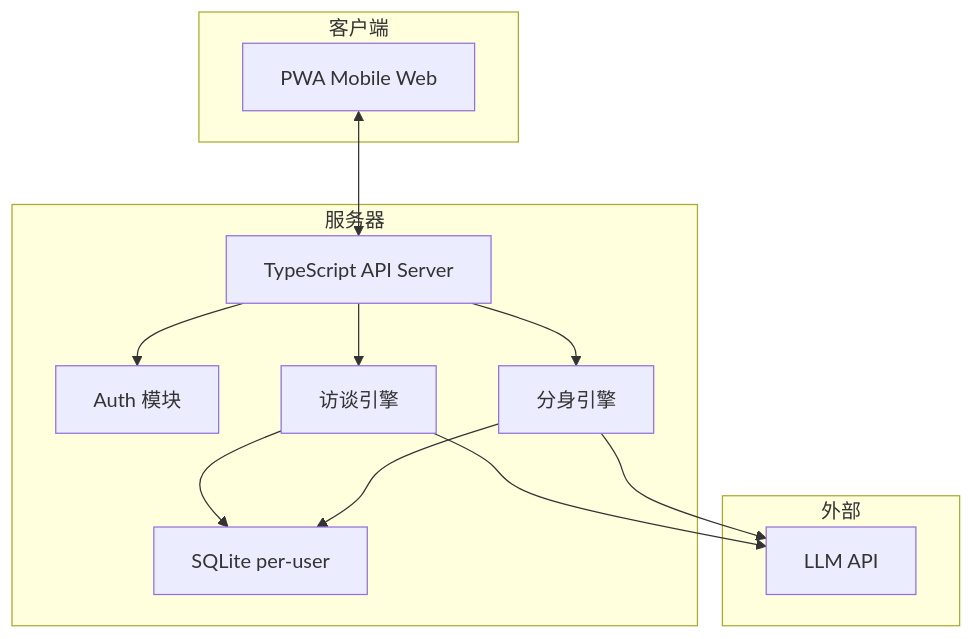
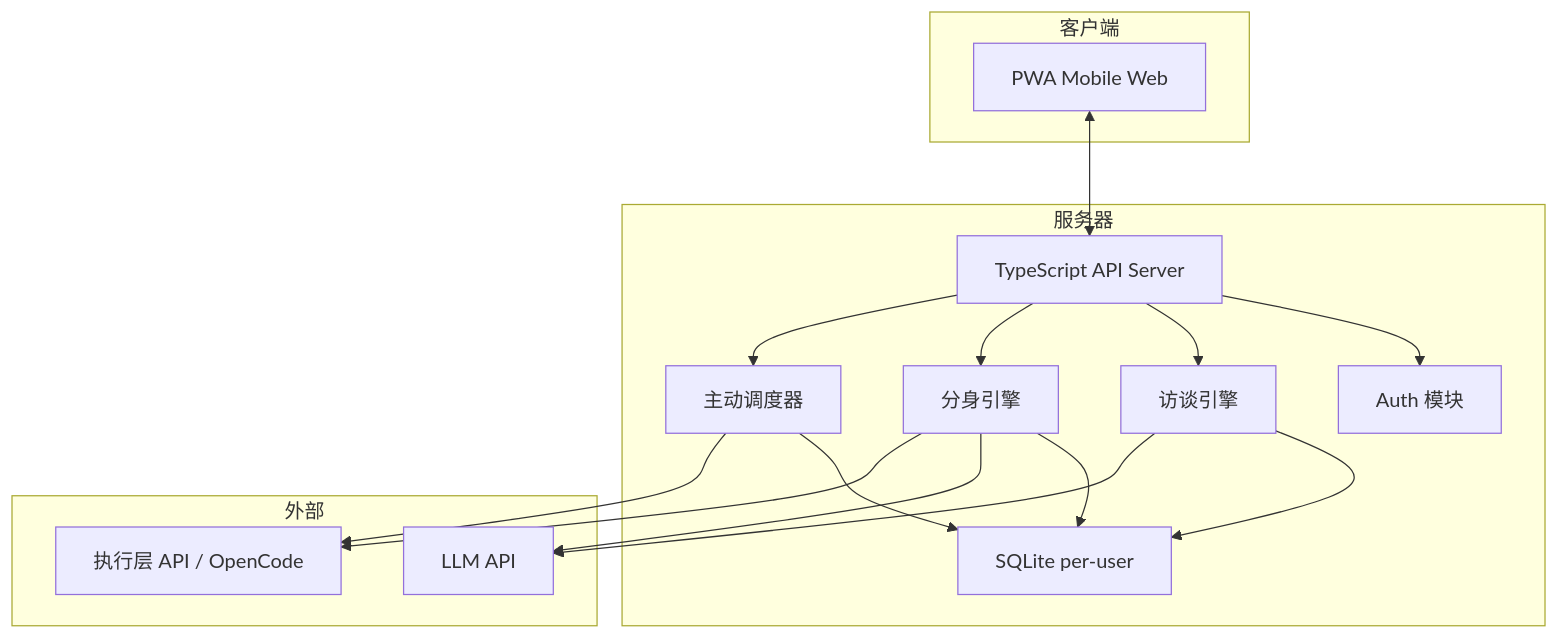
Before and after one commit to zccz14/ReMi: the third of 3 diagrams in README.md, drawn with Mermaid. The commit also changed other lines of this file, not shown here.

````diff
--- a/README.md
+++ b/README.md
@@ -98,24 +157,30 @@
 ```mermaid
 graph TB
     subgraph 客户端
         A[PWA Mobile Web]
     end
     subgraph 服务器
         B[TypeScript API Server]
         C[Auth 模块]
         D[访谈引擎]
         E[分身引擎]
-        F[SQLite per-user]
+        F[主动调度器]
+        G[SQLite per-user]
     end
     subgraph 外部
-        G[LLM API]
+        H[LLM API]
+        I[执行层 API / OpenCode]
     end
     A <--> B
     B --> C
     B --> D
     B --> E
-    D --> F
-    E --> F
+    B --> F
     D --> G
     E --> G
+    F --> G
+    D --> H
+    E --> H
+    F --> I
+    E --> I
 ```
````
